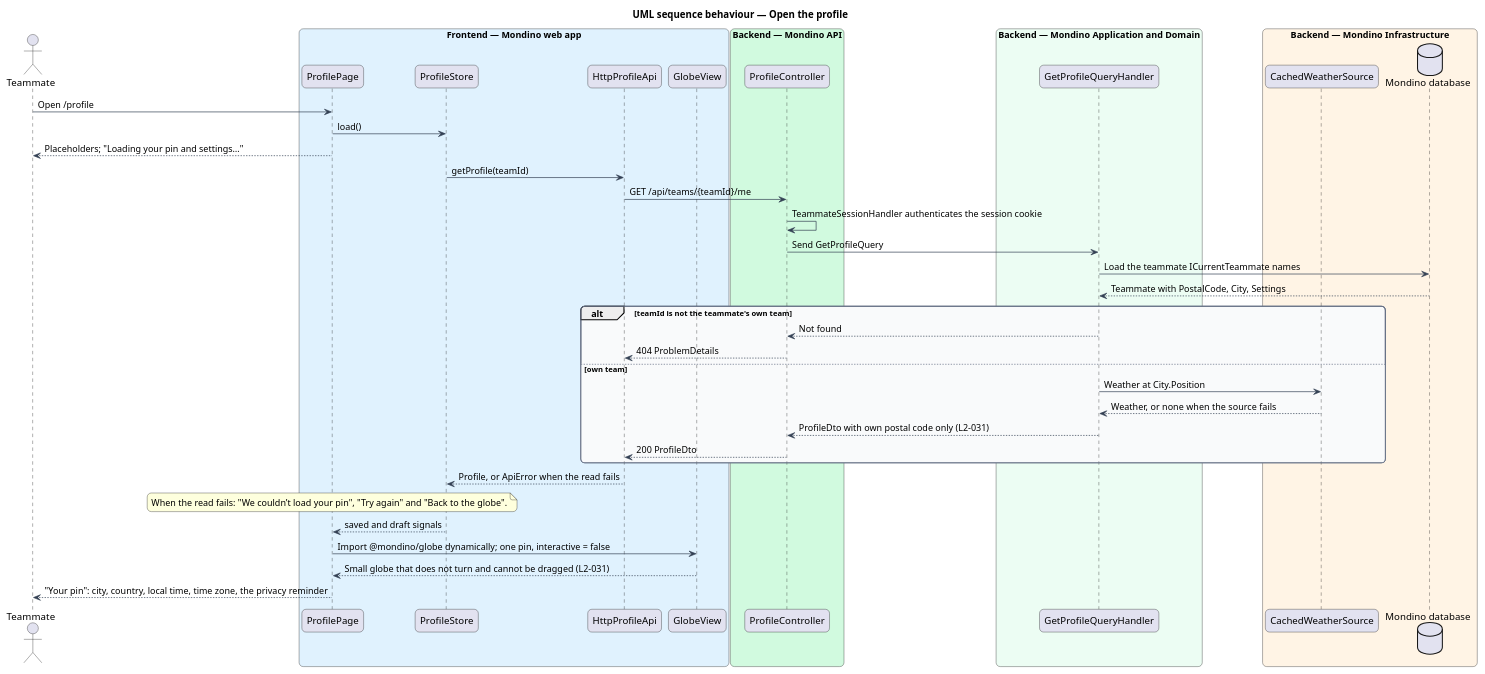
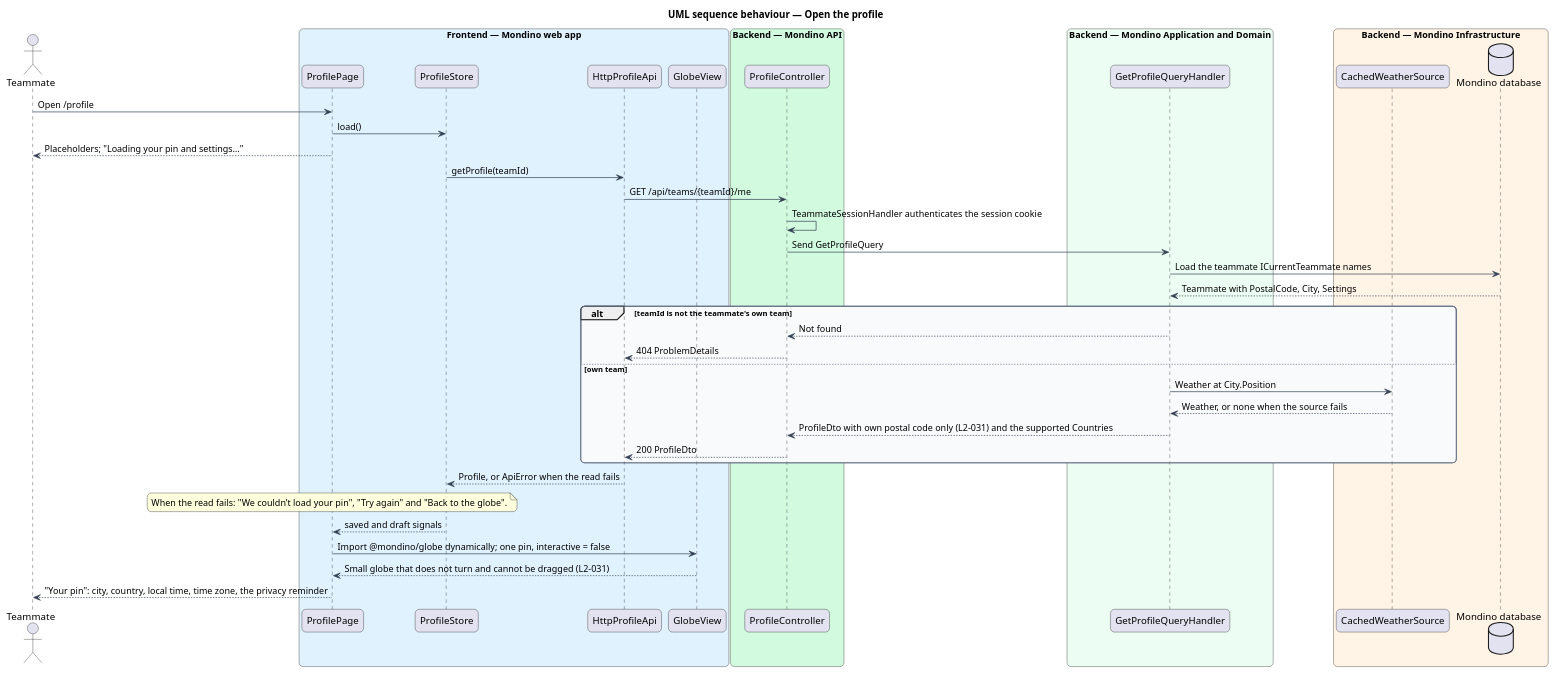
One commit to QuinntyneBrown/Mondino changed the diagram in docs/detailed-designs/profile/change-location/diagrams/sequence-open-profile.puml. Above: the diagram before and after it, drawn with PlantUML. The commit also changed 38 other files, not shown here.

```diff
--- a/docs/detailed-designs/profile/change-location/diagrams/sequence-open-profile.puml
+++ b/docs/detailed-designs/profile/change-location/diagrams/sequence-open-profile.puml
@@ -1,58 +1,58 @@
 @startuml
 title UML sequence behaviour — Open the profile
 skinparam backgroundColor #FFFFFF
 skinparam shadowing false
 skinparam roundcorner 12
 skinparam defaultFontName Arial
 skinparam ArrowColor #344054
 skinparam rectangle {
   BorderColor #344054
   FontColor #101828
 }
 skinparam package {
   BorderColor #667085
   FontColor #101828
   BackgroundColor #F9FAFB
 }
 actor "Teammate" as actor
 box "Frontend — Mondino web app" #E0F2FE
   participant "ProfilePage" as page
   participant "ProfileStore" as store
   participant "HttpProfileApi" as client
   participant "GlobeView" as globe
 end box
 box "Backend — Mondino API" #D1FADF
   participant "ProfileController" as controller
 end box
 box "Backend — Mondino Application and Domain" #ECFDF3
   participant "GetProfileQueryHandler" as handler
 end box
 box "Backend — Mondino Infrastructure" #FFF4E5
   participant "CachedWeatherSource" as weather
   database "Mondino database" as db
 end box
 actor -> page : Open /profile
 page -> store : load()
 page --> actor : Placeholders; "Loading your pin and settings…"
 store -> client : getProfile(teamId)
 client -> controller : GET /api/teams/{teamId}/me
 controller -> controller : TeammateSessionHandler authenticates the session cookie
 controller -> handler : Send GetProfileQuery
 handler -> db : Load the teammate ICurrentTeammate names
 db --> handler : Teammate with PostalCode, City, Settings
 alt teamId is not the teammate's own team
   handler --> controller : Not found
   controller --> client : 404 ProblemDetails
 else own team
   handler -> weather : Weather at City.Position
   weather --> handler : Weather, or none when the source fails
-  handler --> controller : ProfileDto with own postal code only (L2-031)
+  handler --> controller : ProfileDto with own postal code only (L2-031) and the supported Countries
   controller --> client : 200 ProfileDto
 end
 client --> store : Profile, or ApiError when the read fails
 note over page : When the read fails: "We couldn’t load your pin", "Try again" and "Back to the globe".
 store --> page : saved and draft signals
 page -> globe : Import @mondino/globe dynamically; one pin, interactive = false
 globe --> page : Small globe that does not turn and cannot be dragged (L2-031)
 page --> actor : "Your pin": city, country, local time, time zone, the privacy reminder
 @enduml
```
